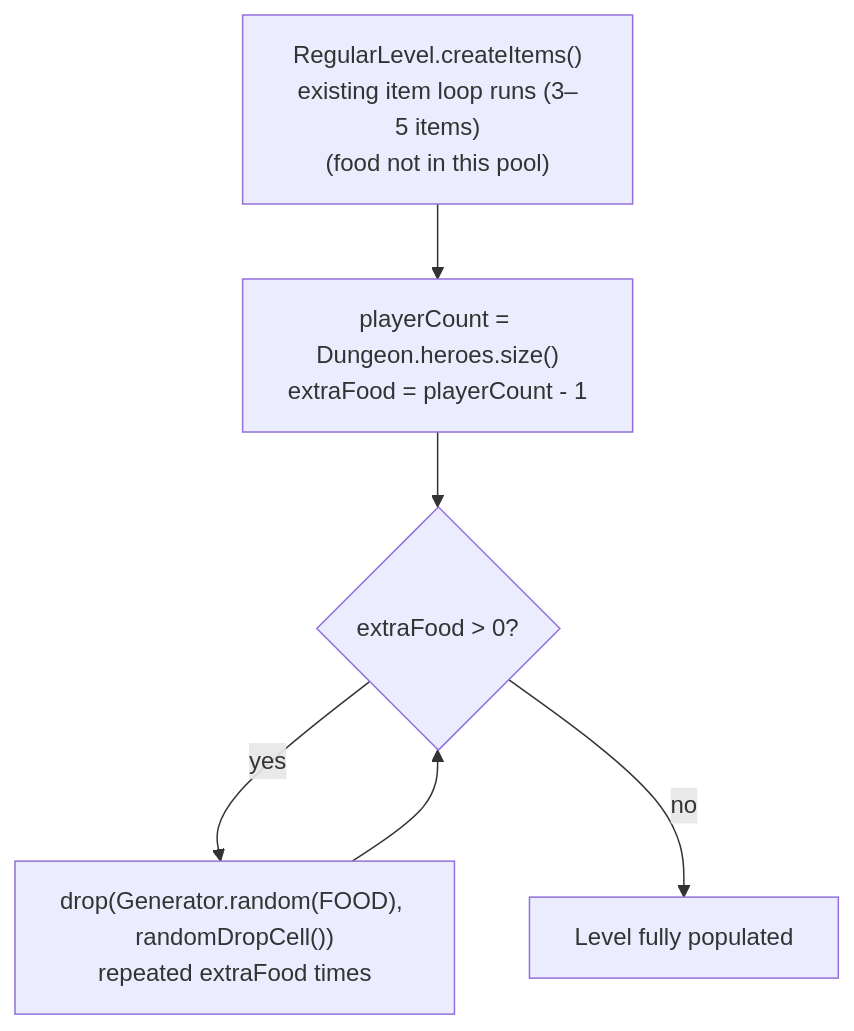
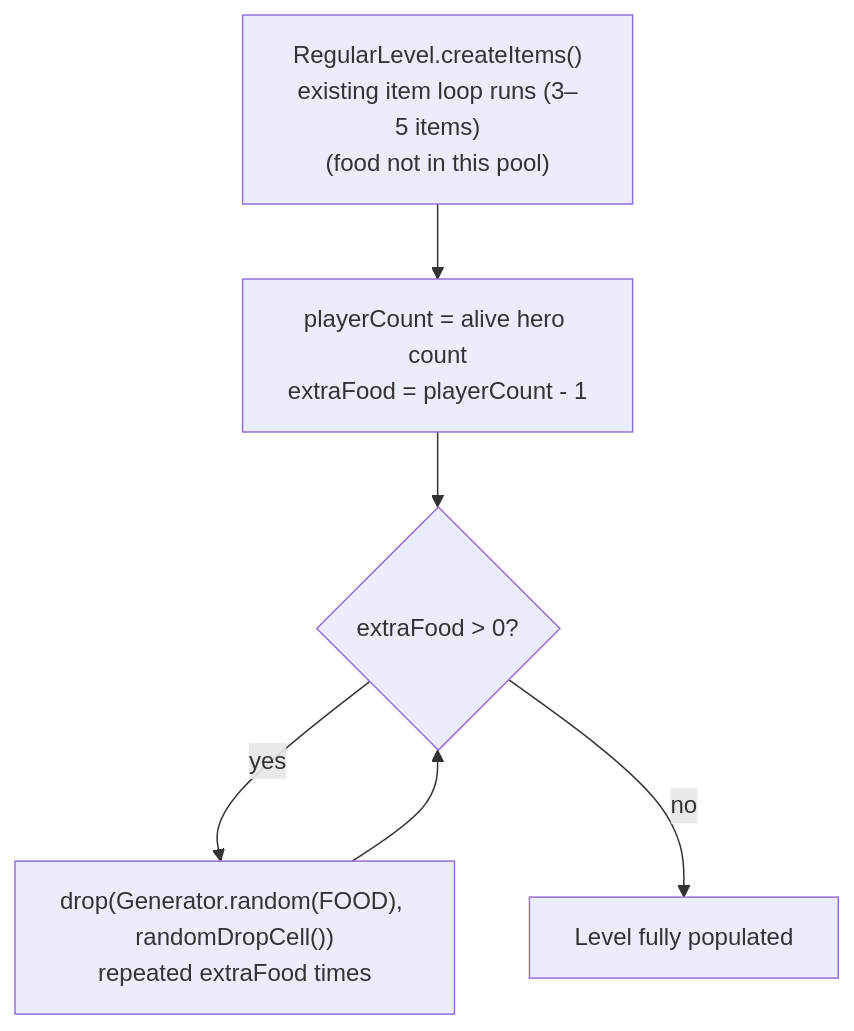
Before and after one commit to lewibs/shattered-pixel-dungeon-multiplayer: the diagram in docs/docs/food-spawning.md, drawn with Mermaid. The commit also changed other lines of this file and 14 other files, not shown here.

First line of the commit message:
fix(multiplayer): keep dead heroes in Dungeon.heroes for rankings accuracy

````diff
--- a/docs/docs/food-spawning.md
+++ b/docs/docs/food-spawning.md
@@ -13,12 +13,12 @@
 ```mermaid
 flowchart TD
   CreateItems["RegularLevel.createItems()\nexisting item loop runs (3–5 items)\n(food not in this pool)"]
-  PlayerCount["playerCount = Dungeon.heroes.size()\nextraFood = playerCount - 1"]
+  PlayerCount["playerCount = alive hero count\nextraFood = playerCount - 1"]
   Loop{"extraFood > 0?"}
   Drop["drop(Generator.random(FOOD), randomDropCell())\nrepeated extraFood times"]
   Done["Level fully populated"]
 
   CreateItems --> PlayerCount --> Loop
   Loop -->|"yes"| Drop --> Loop
   Loop -->|"no"| Done
 ```
````
